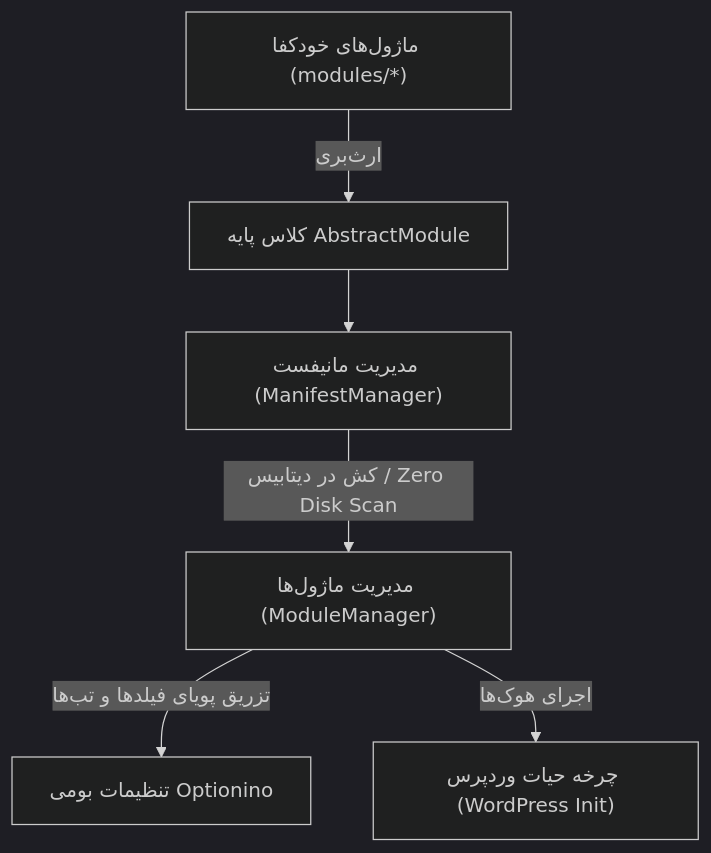
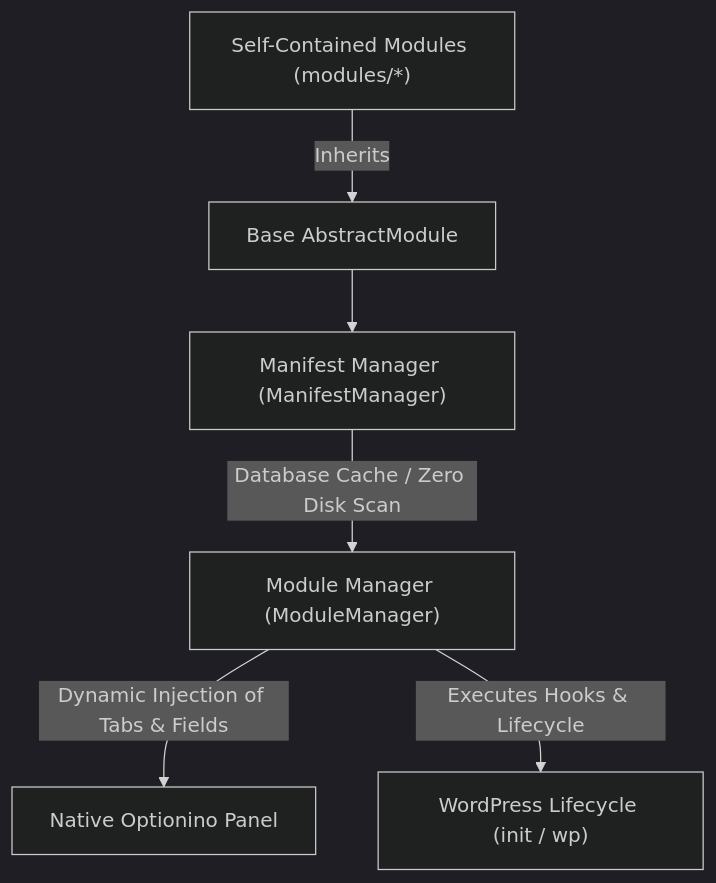
The diagram in MODULE_RULES.md (Aria-Ebrm/singo-modular), drawn with Mermaid (dark theme) before and after one commit. The commit also changed other lines of this file and 1 other file, not shown here.

Commit message:
docs: translate README.md and MODULE_RULES.md to English

````diff
--- a/MODULE_RULES.md
+++ b/MODULE_RULES.md
@@ -12,8 +12,8 @@
 ```mermaid
 flowchart TD
-    A["ماژول‌های خودکفا (modules/*)"] -->|ارث‌بری| B["کلاس پایه AbstractModule"]
-    B --> C["مدیریت مانیفست (ManifestManager)"]
-    C -->|کش در دیتابیس / Zero Disk Scan| D["مدیریت ماژول‌ها (ModuleManager)"]
-    D -->|تزریق پویای فیلدها و تب‌ها| E["تنظیمات بومی Optionino"]
-    D -->|اجرای هوک‌ها| F["چرخه حیات وردپرس (WordPress Init)"]
+    A["Self-Contained Modules (modules/*)"] -->|Inherits| B["Base AbstractModule"]
+    B --> C["Manifest Manager (ManifestManager)"]
+    C -->|Database Cache / Zero Disk Scan| D["Module Manager (ModuleManager)"]
+    D -->|Dynamic Injection of Tabs & Fields| E["Native Optionino Panel"]
+    D -->|Executes Hooks & Lifecycle| F["WordPress Lifecycle (init / wp)"]
 ```
````
